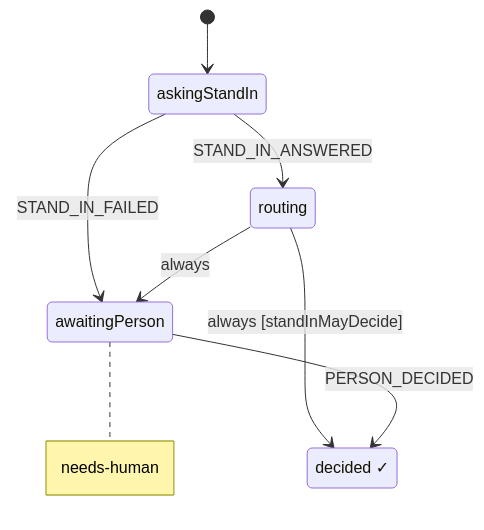
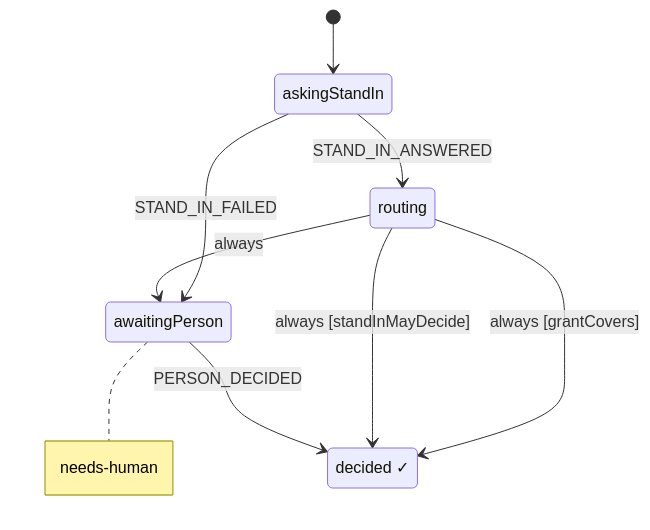
Before and after one commit to suredesigntshirts/ccp_machine: the second of 6 diagrams in packages/harness/spec/SPEC.md, drawn with Mermaid. The commit also changed other lines of this file and 25 other files, not shown here.

````diff
--- a/packages/harness/spec/SPEC.md
+++ b/packages/harness/spec/SPEC.md
@@ -41,14 +49,15 @@
 ```mermaid
 stateDiagram-v2
   state "askingStandIn" as askingStandIn
   state "routing" as routing
   state "awaitingPerson" as awaitingPerson
   note right of awaitingPerson : needs-human
   state "decided ✓" as decided
   [*] --> askingStandIn
   askingStandIn --> routing : STAND_IN_ANSWERED
   askingStandIn --> awaitingPerson : STAND_IN_FAILED
+  routing --> decided : always [grantCovers]
   routing --> decided : always [standInMayDecide]
   routing --> awaitingPerson : always
   awaitingPerson --> decided : PERSON_DECIDED
 ```
````
